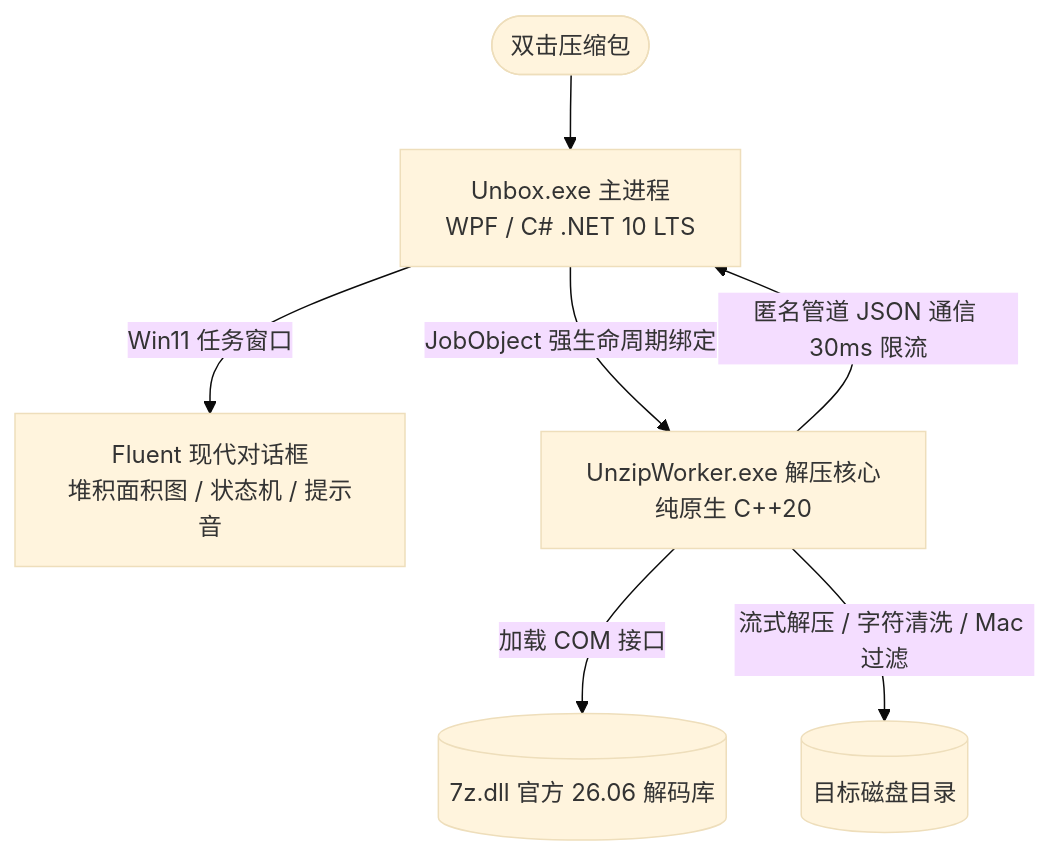
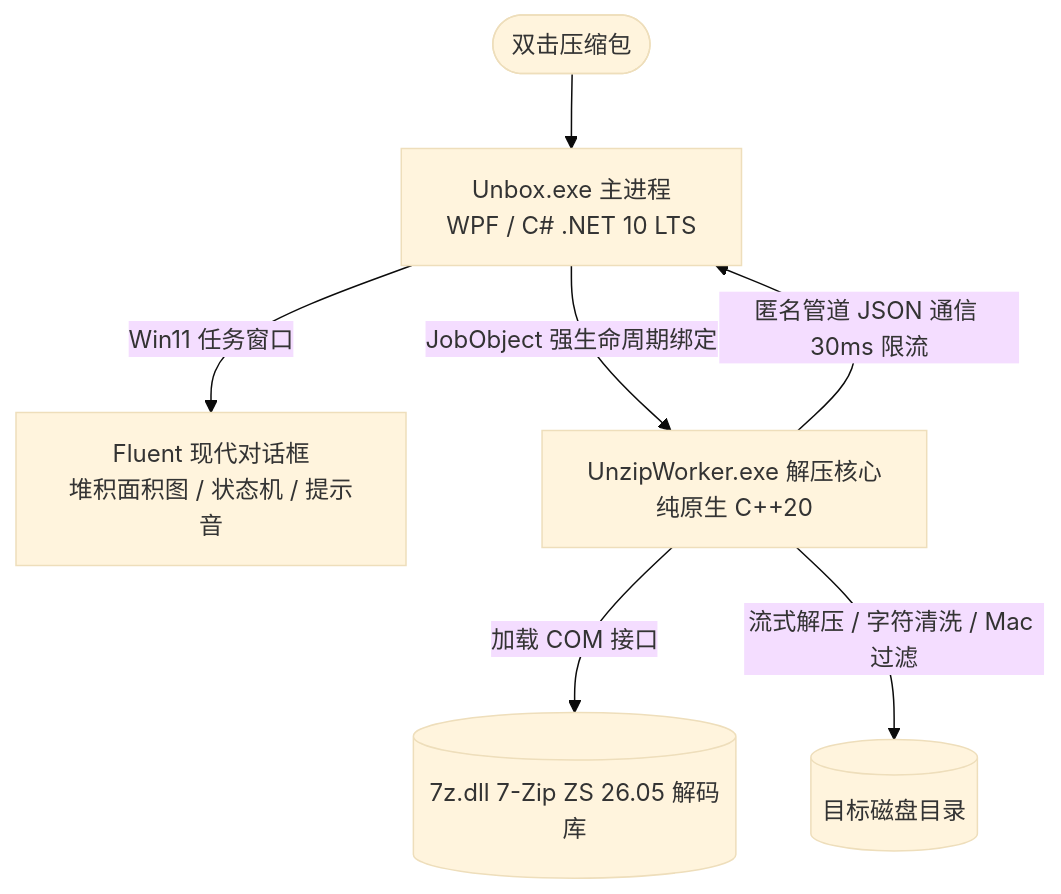
Before and after one commit to Snowail/Unbox: the diagram in README.md, drawn with Mermaid (base theme). The commit also changed other lines of this file and 39 other files, not shown here.

````diff
--- a/README.md
+++ b/README.md
@@ -277,9 +277,9 @@
 ```mermaid
 graph TD
     User([双击压缩包]) --> Proxy[Unbox.exe 主进程<br>WPF / C# .NET 10 LTS]
     Proxy -->|Win11 任务窗口| UI[Fluent 现代对话框<br>堆积面积图 / 状态机 / 提示音]
     Proxy -->|JobObject 强生命周期绑定| Worker[UnzipWorker.exe 解压核心<br>纯原生 C++20]
-    Worker -->|加载 COM 接口| Engine[(7z.dll 官方 26.06 解码库)]
+    Worker -->|加载 COM 接口| Engine[(7z.dll 7-Zip ZS 26.05 解码库)]
     Worker -->|匿名管道 JSON 通信 30ms 限流| Proxy
     Worker -->|流式解压 / 字符清洗 / Mac 过滤| Disk[(目标磁盘目录)]
 ```
````
